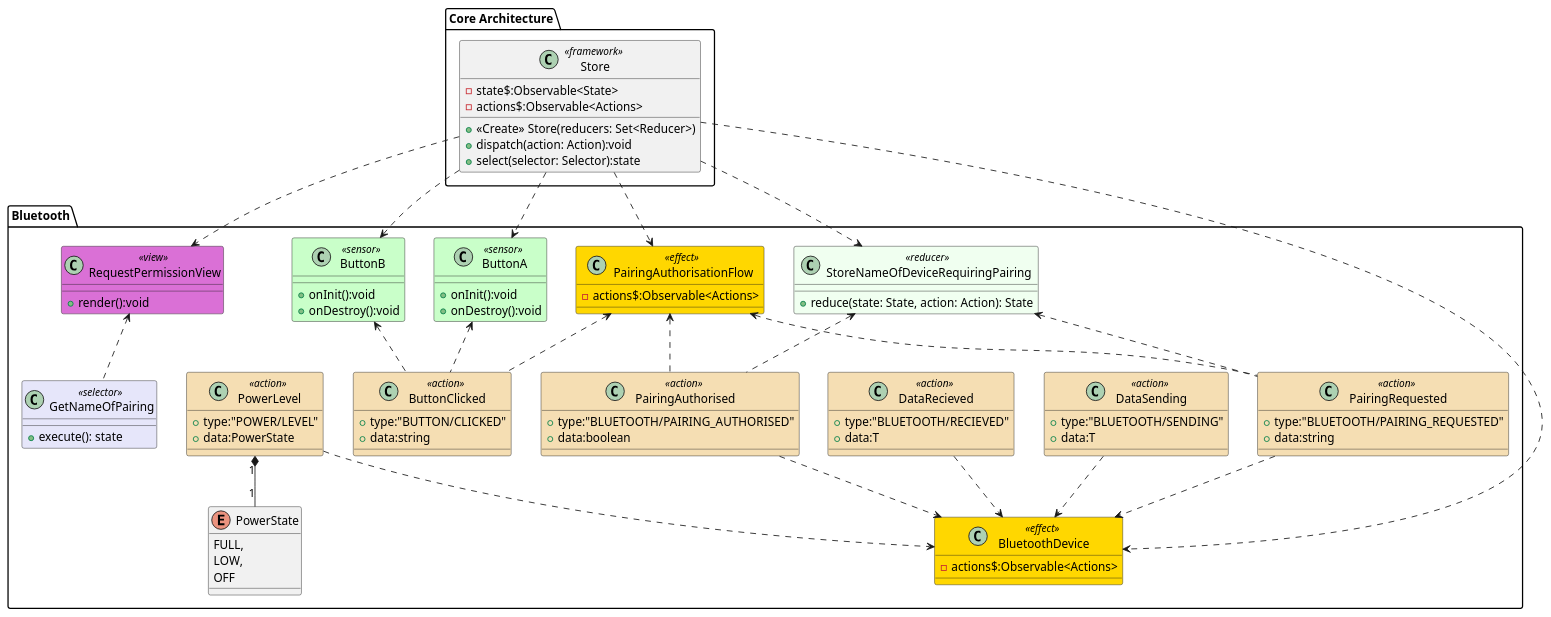
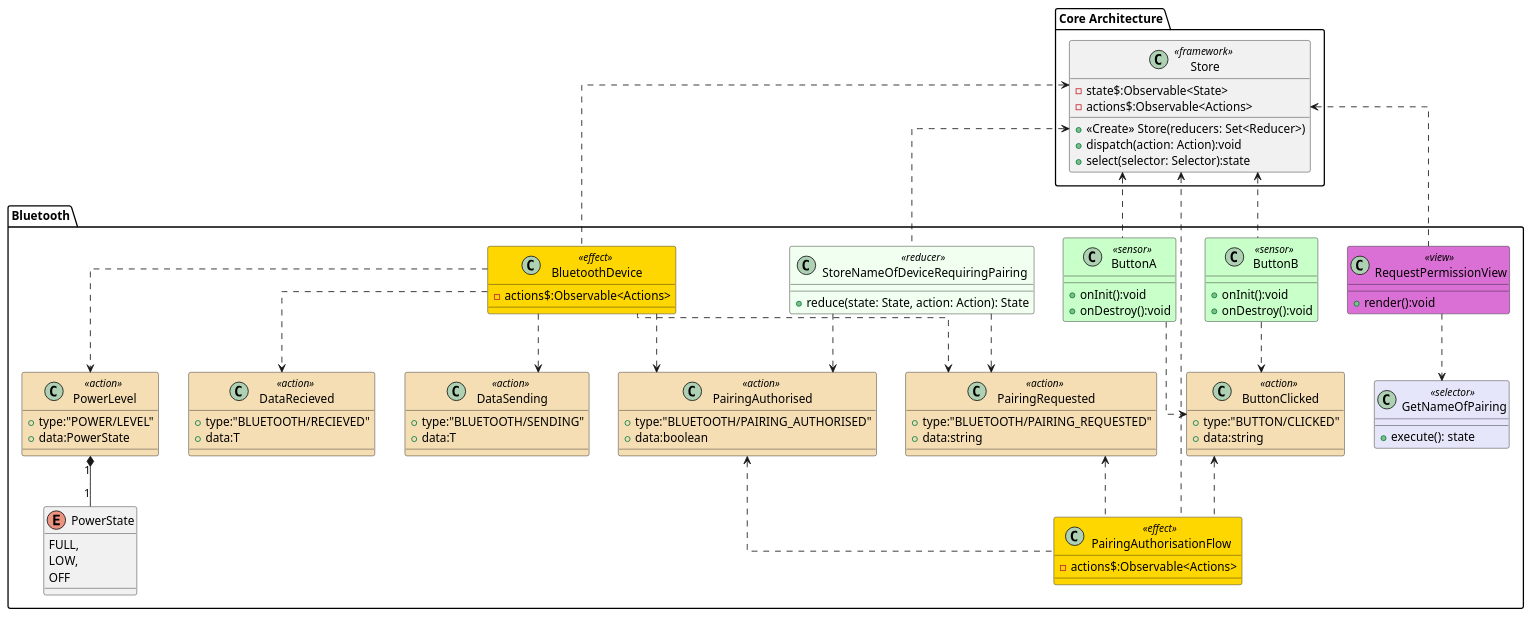
Before and after one commit to markroche92/sw-eng-smart-watch: the diagram in class_diagrams/bluetooth.md, drawn with PlantUML. The commit also changed other lines of this file, not shown here.

Commit message:
grammar, styling and relation fixes

````diff
--- a/class_diagrams/bluetooth.md
+++ b/class_diagrams/bluetooth.md
@@ -9,6 +8,7 @@
 ```plantuml
 @startuml
 set namespaceSeparator ::
+skinparam linetype ortho
 skinparam shadowing false
 skinparam class {
     BackgroundColor<<reducer>> HoneyDew
@@ -98,30 +98,31 @@
 '=========== links
 
 "Bluetooth:: PowerLevel" "1"*--"1" "Bluetooth:: PowerState"
-"Bluetooth:: BluetoothDevice" <.u. "Bluetooth:: PowerLevel"
-"Bluetooth:: BluetoothDevice" <.u. "Bluetooth:: DataRecieved"
-"Bluetooth:: BluetoothDevice" <.u. "Bluetooth:: DataSending"
-"Bluetooth:: BluetoothDevice" <.u. "Bluetooth:: PairingRequested"
-"Bluetooth:: BluetoothDevice" <.u. "Bluetooth:: PairingAuthorised"
+"Bluetooth:: BluetoothDevice" .d.> "Bluetooth:: PowerLevel"
+"Bluetooth:: BluetoothDevice" .d.> "Bluetooth:: DataRecieved"
+"Bluetooth:: BluetoothDevice" .d.> "Bluetooth:: DataSending"
+"Bluetooth:: BluetoothDevice" .d.> "Bluetooth:: PairingRequested"
+"Bluetooth:: BluetoothDevice" .d.> "Bluetooth:: PairingAuthorised"
 
-"Bluetooth:: ButtonA" <.. "Bluetooth:: ButtonClicked"
-"Bluetooth:: ButtonB" <.. "Bluetooth:: ButtonClicked"
+"Bluetooth:: ButtonA" ..> "Bluetooth:: ButtonClicked"
+"Bluetooth:: ButtonB" ..> "Bluetooth:: ButtonClicked"
 
 
-"Bluetooth:: PairingAuthorisationFlow" <.d. "Bluetooth:: ButtonClicked"
-"Bluetooth:: PairingAuthorisationFlow" <.d. "Bluetooth:: PairingRequested"
-"Bluetooth:: PairingAuthorisationFlow" <.d. "Bluetooth:: PairingAuthorised"
+"Bluetooth:: PairingAuthorisationFlow" .u.> "Bluetooth:: ButtonClicked"
+"Bluetooth:: PairingAuthorisationFlow" .u.> "Bluetooth:: PairingRequested"
+"Bluetooth:: PairingAuthorisationFlow" .u.> "Bluetooth:: PairingAuthorised"
 
-"Bluetooth:: StoreNameOfDeviceRequiringPairing" <.. "Bluetooth:: PairingRequested"
-"Bluetooth:: StoreNameOfDeviceRequiringPairing" <.. "Bluetooth:: PairingAuthorised"
+"Bluetooth:: StoreNameOfDeviceRequiringPairing" ..> "Bluetooth:: PairingRequested"
+"Bluetooth:: StoreNameOfDeviceRequiringPairing" ..> "Bluetooth:: PairingAuthorised"
 
-"Bluetooth:: RequestPermissionView" <.. "Bluetooth:: GetNameOfPairing"
+"Bluetooth:: RequestPermissionView" ..> "Bluetooth:: GetNameOfPairing"
 
-"Core Architecture:: Store" ..> "Bluetooth:: BluetoothDevice"
-"Core Architecture:: Store" ..> "Bluetooth:: StoreNameOfDeviceRequiringPairing"
-"Core Architecture:: Store" ..> "Bluetooth:: RequestPermissionView"
-"Core Architecture:: Store" ..> "Bluetooth:: PairingAuthorisationFlow"
-"Core Architecture:: Store" ..> "Bluetooth:: ButtonA"
-"Core Architecture:: Store" ..> "Bluetooth:: ButtonB"
+"Core Architecture:: Store" <.. "Bluetooth:: BluetoothDevice"
+"Core Architecture:: Store" <.. "Bluetooth:: StoreNameOfDeviceRequiringPairing"
+"Core Architecture:: Store" <.. "Bluetooth:: RequestPermissionView"
+"Core Architecture:: Store" <.. "Bluetooth:: PairingAuthorisationFlow"
+"Core Architecture:: Store" <.. "Bluetooth:: ButtonA"
+"Core Architecture:: Store" <.. "Bluetooth:: ButtonB"
+@enduml
 @enduml
 ```
````
